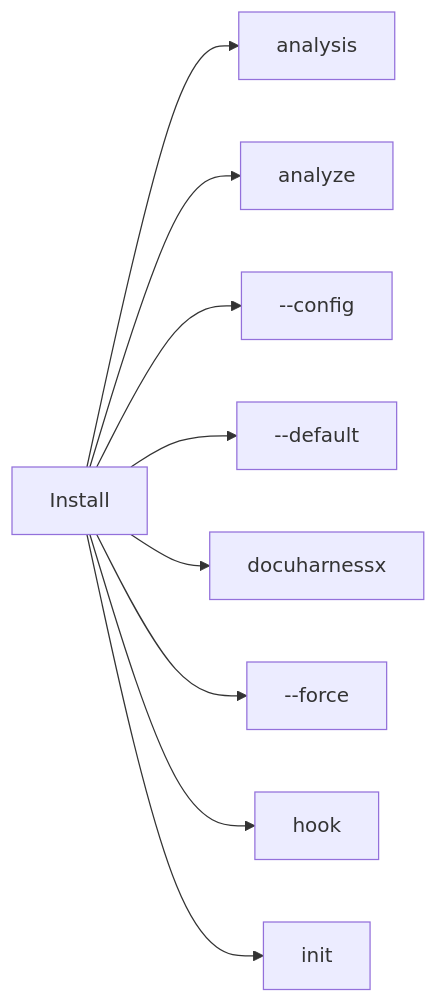
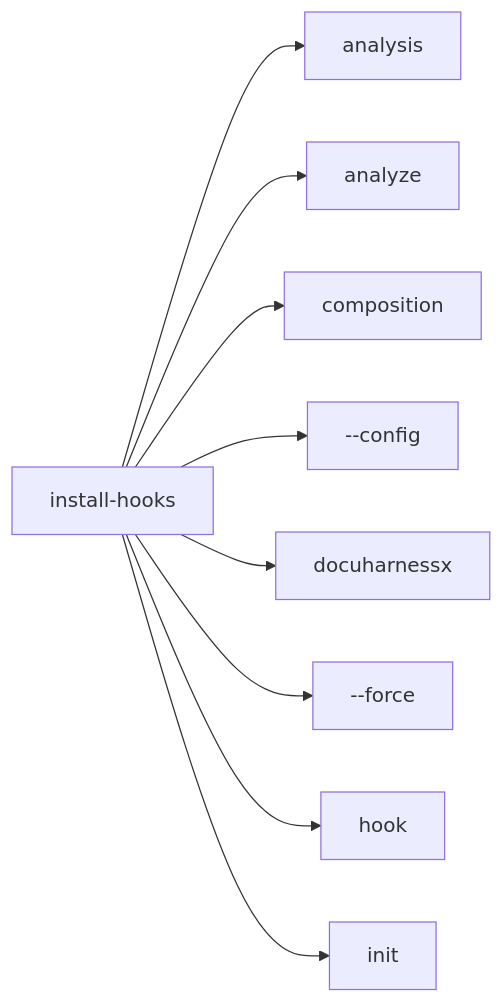
Before and after one commit to norandom/DocuHarnessX: diagram 16 of 30 in docs/glossary.md, drawn with Mermaid. The commit also changed other lines of this file and 7 other files, not shown here.

````diff
--- a/docs/glossary.md
+++ b/docs/glossary.md
@@ -704,20 +579,20 @@
 ```mermaid
 flowchart LR
-  here["Install"]
+  here["install-hooks"]
   r0["analysis"]
   here --> r0
   r1["analyze"]
   here --> r1
-  r2["--config"]
+  r2["composition"]
   here --> r2
-  r3["--default"]
+  r3["--config"]
   here --> r3
   r4["docuharnessx"]
   here --> r4
   r5["--force"]
   here --> r5
   r6["hook"]
   here --> r6
   r7["init"]
   here --> r7
 ```
````
